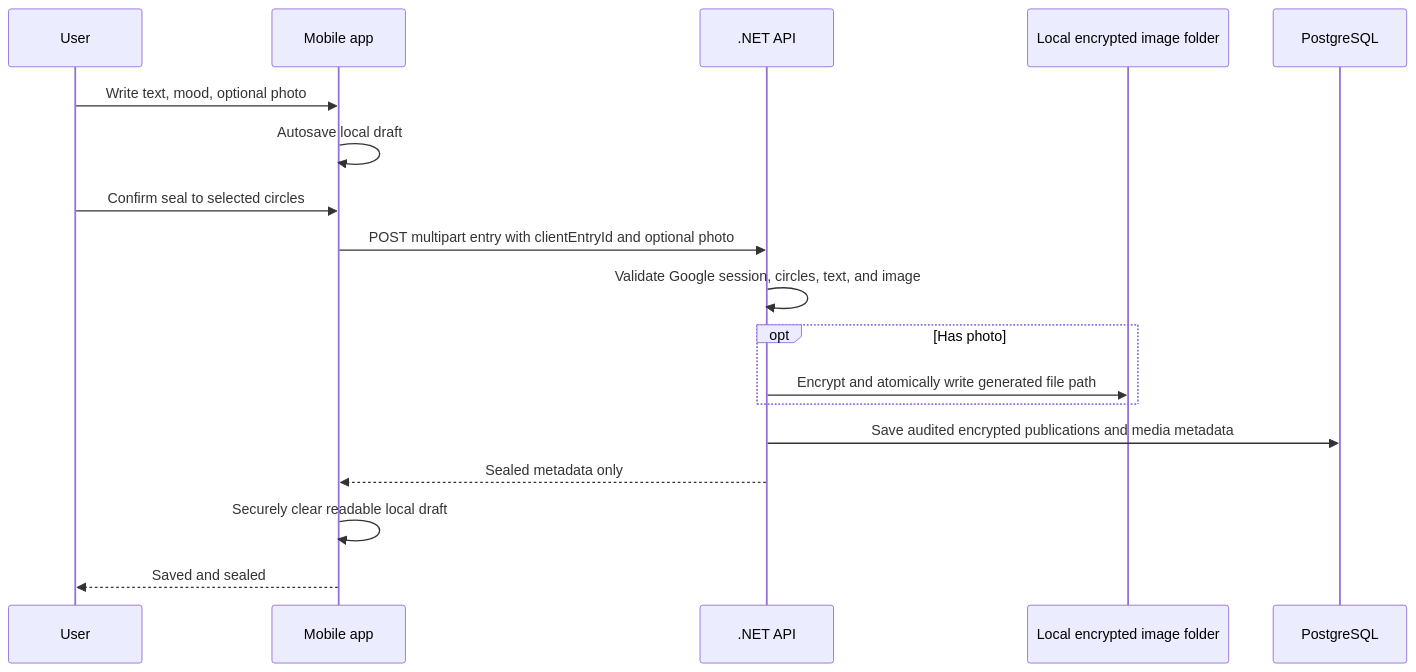
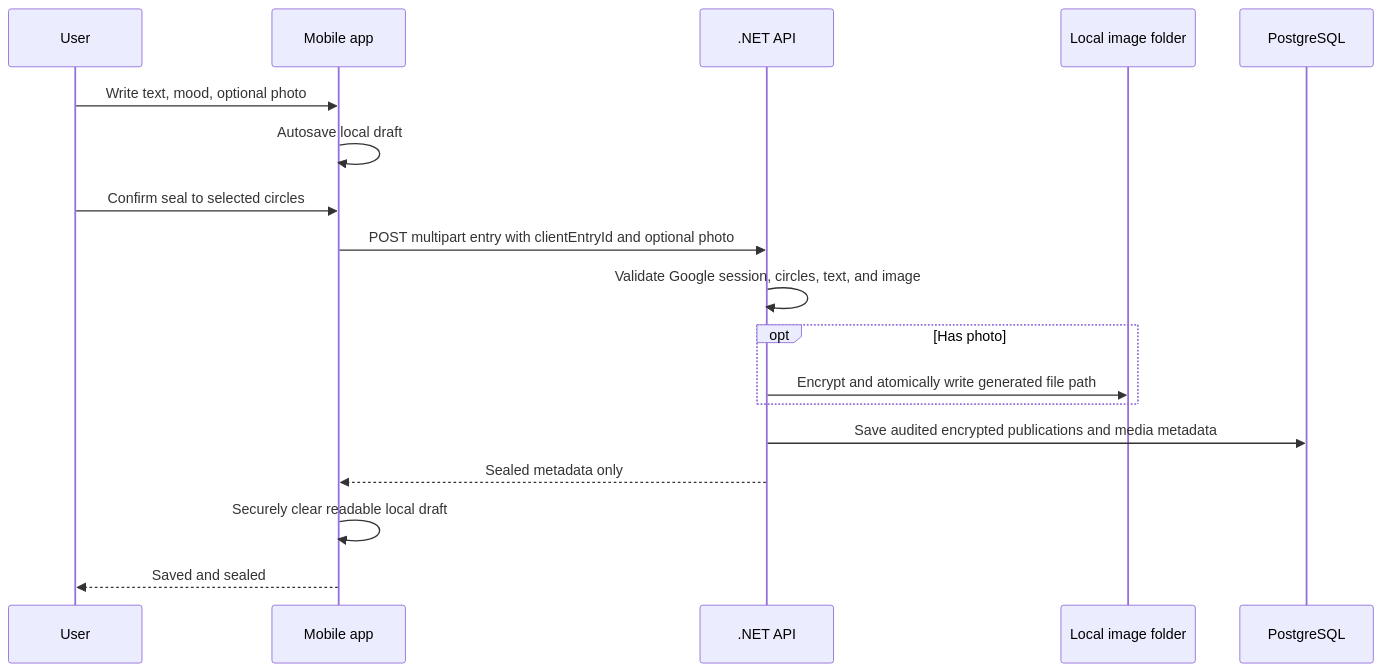
One commit to Jingyi012/Bloom changed the second of 2 diagrams in docs/BLOOM_IMPLEMENTATION_PLAN.md. Above: the diagram before and after it, drawn with Mermaid. The commit also changed other lines of this file and 24 other files, not shown here.

````diff
--- a/docs/BLOOM_IMPLEMENTATION_PLAN.md
+++ b/docs/BLOOM_IMPLEMENTATION_PLAN.md
@@ -529,20 +529,20 @@
 ```mermaid
 sequenceDiagram
     participant U as User
     participant M as Mobile app
     participant A as .NET API
-    participant F as Local encrypted image folder
+    participant F as Local image folder
     participant D as PostgreSQL
     U->>M: Write text, mood, optional photo
     M->>M: Autosave local draft
     U->>M: Confirm seal to selected circles
     M->>A: POST multipart entry with clientEntryId and optional photo
     A->>A: Validate Google session, circles, text, and image
     opt Has photo
         A->>F: Encrypt and atomically write generated file path
     end
     A->>D: Save audited encrypted publications and media metadata
     A-->>M: Sealed metadata only
     M->>M: Securely clear readable local draft
     M-->>U: Saved and sealed
 ```
````
